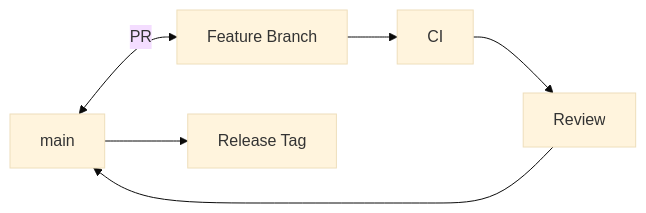
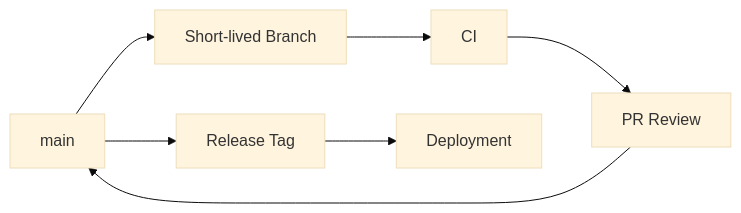
One commit to D-engahmed/OMILINKS changed the diagram in docs/engineering/git-strategy.md. Above: the diagram before and after it, drawn with Mermaid (base theme). The commit also changed other lines of this file and 4 other files, not shown here.

````diff
--- a/docs/engineering/git-strategy.md
+++ b/docs/engineering/git-strategy.md
@@ -13,8 +43,9 @@
-```mermaid
+~~~mermaid
 flowchart LR
-MAIN[main] <-- PR --> FEAT[Feature Branch]
-FEAT --> CI[CI]
-CI --> REVIEW[Review]
+MAIN[main] --> BRANCH[Short-lived Branch]
+BRANCH --> CI[CI]
+CI --> REVIEW[PR Review]
 REVIEW --> MAIN
 MAIN --> TAG[Release Tag]
-```
+TAG --> DEPLOY[Deployment]
+~~~
````
